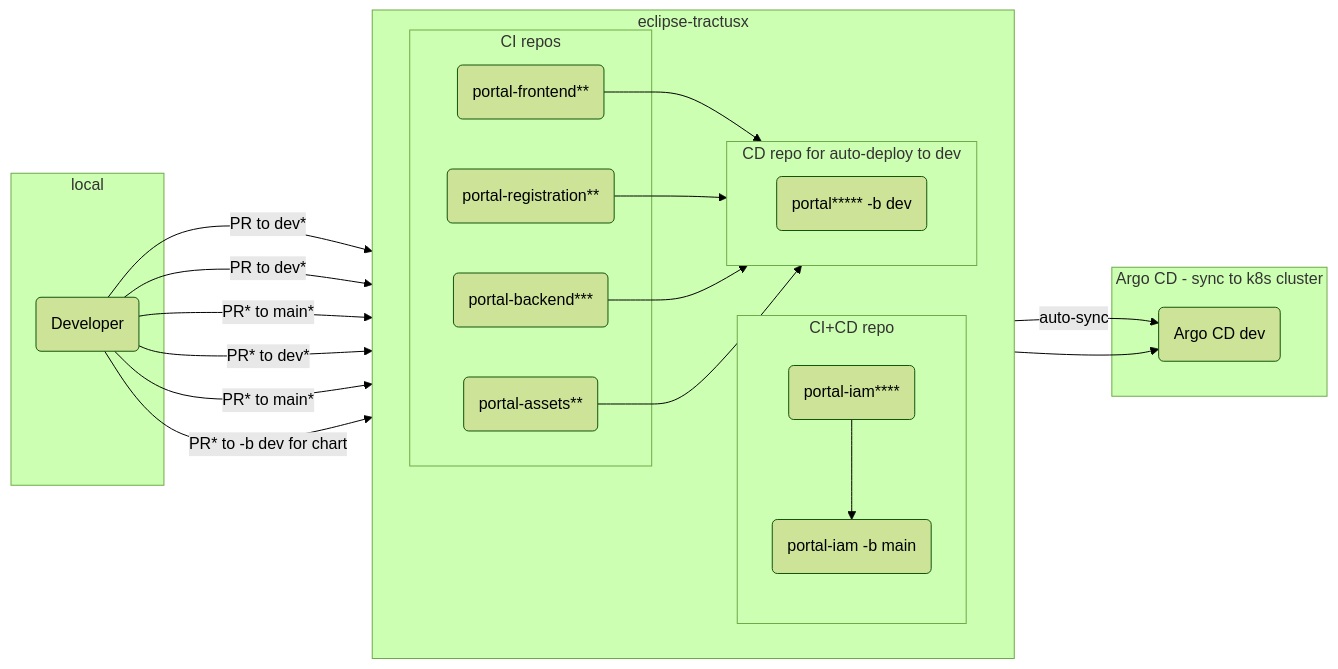
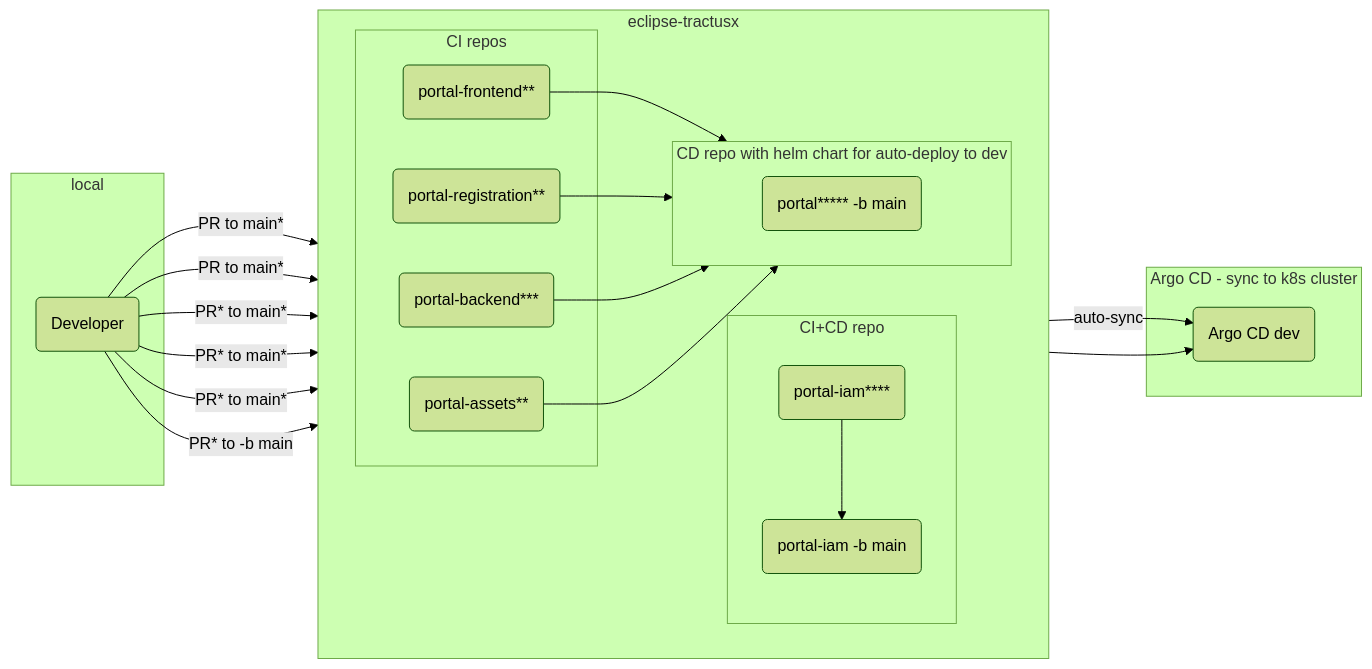
Before and after one commit to eclipse-tractusx/portal-assets: the diagram in docs/developer/Technical Documentation/Dev Process/Dev-flow_deploy-dev-env.md, drawn with Mermaid (forest theme). The commit also changed other lines of this file and 5 other files, not shown here.

First line of the commit message:
chore(dev-flow): maintain latest changes in main branch (#344)

````diff
--- a/docs/developer/Technical Documentation/Dev Process/Dev-flow_deploy-dev-env.md
+++ b/docs/developer/Technical Documentation/Dev Process/Dev-flow_deploy-dev-env.md
@@ -3,38 +3,38 @@
 ```mermaid
 flowchart LR
     subgraph local
     D(Developer)
     end
     subgraph eclipse-tractusx
         direction LR
         subgraph CI repos
-            D -- PR to dev* --> PF(portal-frontend**)
-            D -- PR to dev* --> PR(portal-registration**)
+            D -- PR to main* --> PF(portal-frontend**)
+            D -- PR to main* --> PR(portal-registration**)
             D -- PR* to main* --> PA(portal-assets**)
-            D -- PR* to dev*--> PB(portal-backend***)
+            D -- PR* to main*--> PB(portal-backend***)
             click PF "https://github.com/eclipse-tractusx/portal-frontend"
             click PR "https://github.com/eclipse-tractusx/portal-frontend-registration"
             click PA "https://github.com/eclipse-tractusx/portal-assets"
             click PB "https://github.com/eclipse-tractusx/portal-backend"
         end
         subgraph CI+CD repo
             direction TB
             D -- PR* to main* --> PI(portal-iam****)
             PI --> PICD(portal-iam -b main)
             click PI "https://github.com/eclipse-tractusx/portal-iam"
         end
-        subgraph CD repo for auto-deploy to dev
+        subgraph CD repo with helm chart for auto-deploy to dev
             direction LR
-            PF --> CD(portal***** -b dev)
+            PF --> CD(portal***** -b main)
             PR --> CD
             PB --> CD
             PA --> CD
-            D -- PR* to -b dev for chart --> CD
+            D -- PR* to -b main --> CD
             click CD "https://github.com/eclipse-tractusx/portal"
         end
     end
     subgraph Argo CD - sync to k8s cluster
     CD -- auto-sync --> A(Argo CD dev)
     PICD --> A
     end
 ```
````
